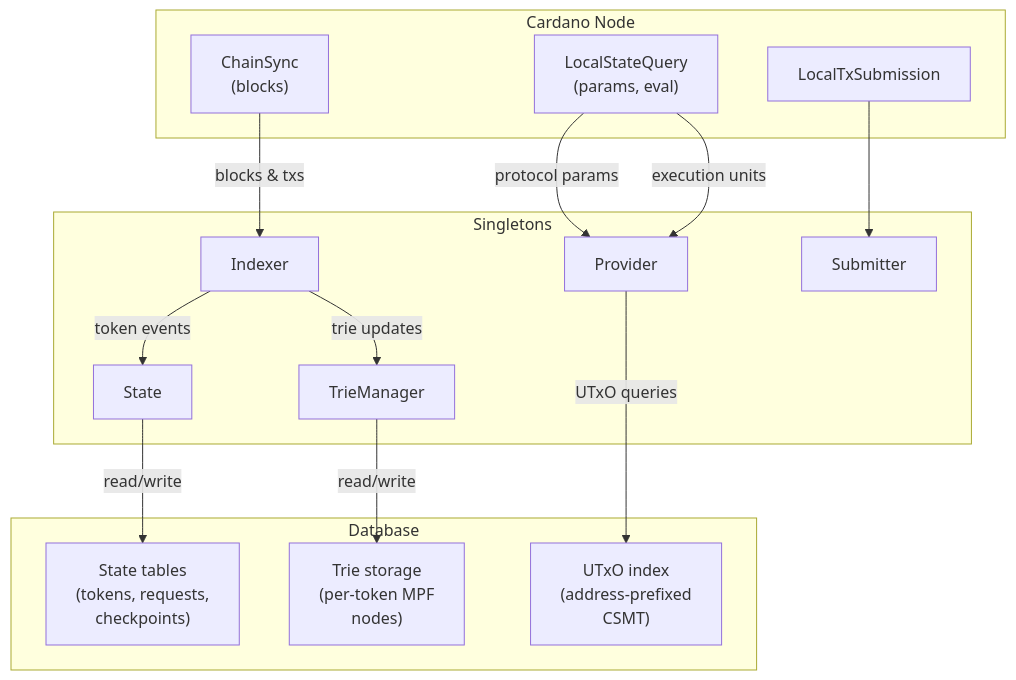
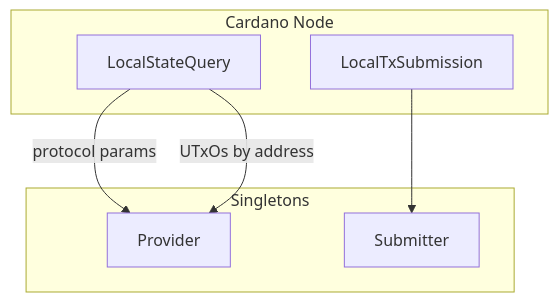
Before and after one commit to paolino/haskell-mpf: the second of 2 diagrams in docs/architecture/data-sources.md, drawn with Mermaid. The commit also changed other lines of this file and 6 other files, not shown here.

Commit message:
docs: update architecture docs to match current code state

````diff
--- a/docs/architecture/data-sources.md
+++ b/docs/architecture/data-sources.md
@@ -45,34 +32,16 @@
 ```mermaid
 graph TD
     subgraph "Cardano Node"
-        CS["ChainSync<br/>(blocks)"]
-        LSQ["LocalStateQuery<br/>(params, eval)"]
+        LSQ["LocalStateQuery"]
         LTS["LocalTxSubmission"]
     end
 
     subgraph "Singletons"
-        IDX["Indexer"]
         PRV["Provider"]
         SUB["Submitter"]
-        ST["State"]
-        TM["TrieManager"]
     end
 
-    subgraph "Database"
-        DB_ST["State tables<br/>(tokens, requests,<br/>checkpoints)"]
-        DB_TM["Trie storage<br/>(per-token MPF<br/>nodes)"]
-        DB_UTXO["UTxO index<br/>(address-prefixed<br/>CSMT)"]
-    end
-
-    CS -->|"blocks & txs"| IDX
-    IDX -->|"token events"| ST
-    IDX -->|"trie updates"| TM
-    ST -->|"read/write"| DB_ST
-    TM -->|"read/write"| DB_TM
-
     LSQ -->|"protocol params"| PRV
-    LSQ -->|"execution units"| PRV
-    PRV -->|"UTxO queries"| DB_UTXO
-
+    LSQ -->|"UTxOs by address"| PRV
     LTS --> SUB
 ```
````
